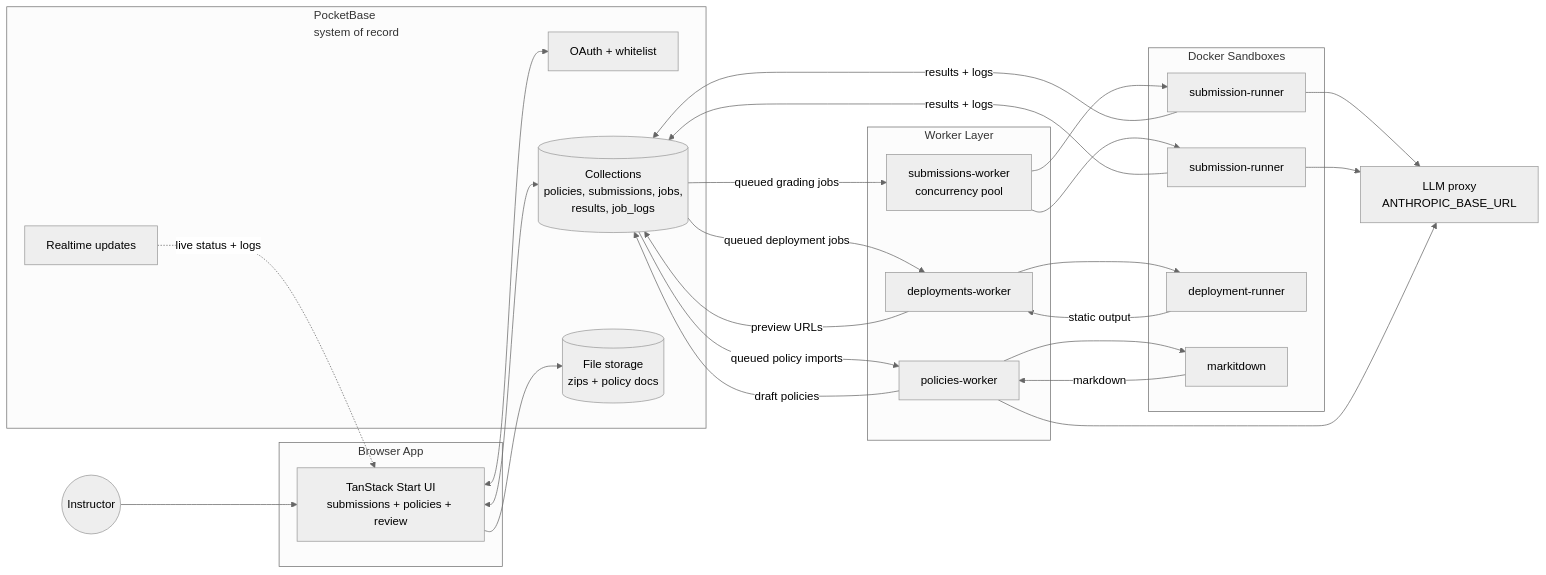
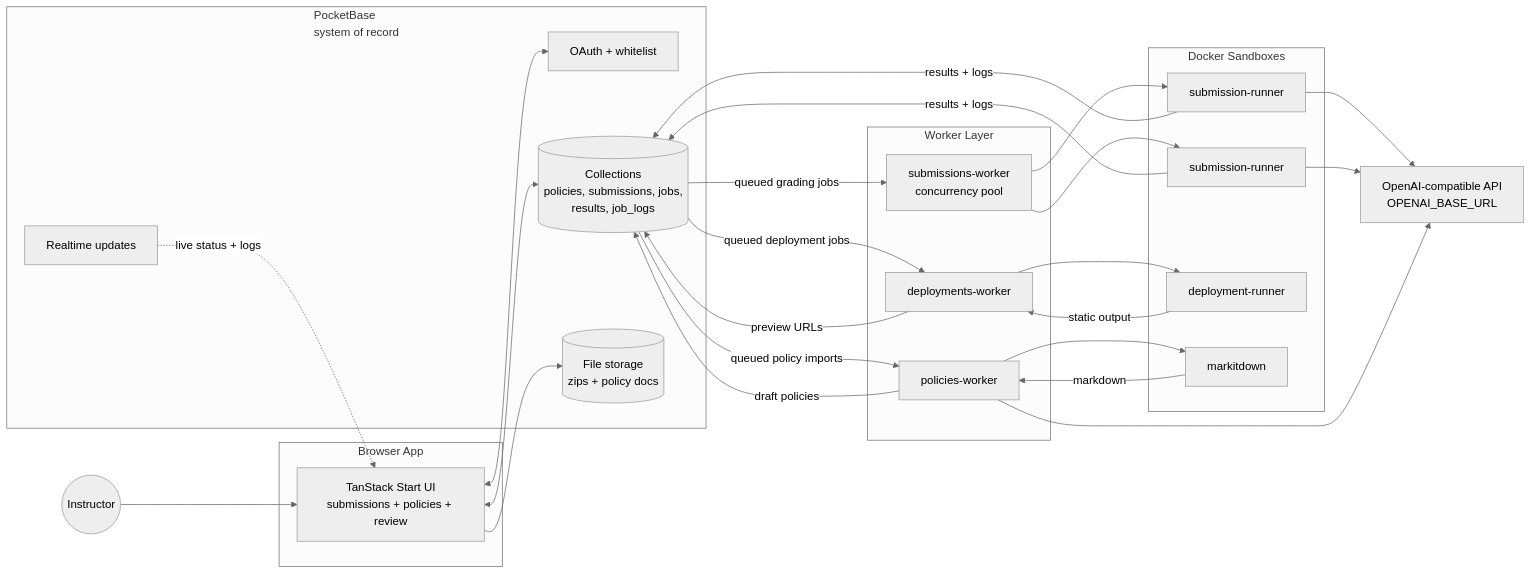
The diagram in README.md (Joshimello/autograde), drawn with Mermaid (neutral theme) before and after one commit. The commit also changed other lines of this file and 19 other files, not shown here.

````diff
--- a/README.md
+++ b/README.md
@@ -20,55 +20,55 @@
 ```mermaid
 flowchart LR
   user((Instructor))
 
   subgraph app["Browser App"]
     ui["TanStack Start UI<br/>submissions + policies + review"]
   end
 
   subgraph pb["PocketBase<br/>system of record"]
     auth["OAuth + whitelist"]
     db[("Collections<br/>policies, submissions, jobs,<br/>results, job_logs")]
     files[("File storage<br/>zips + policy docs")]
     rt["Realtime updates"]
   end
 
   subgraph workers["Worker Layer"]
     sw["submissions-worker<br/>concurrency pool"]
     dw["deployments-worker"]
     pw["policies-worker"]
   end
 
   subgraph sandboxes["Docker Sandboxes"]
     sr1["submission-runner"]
     sr2["submission-runner"]
     dr["deployment-runner"]
     md["markitdown"]
   end
 
-  llm["LLM proxy<br/>ANTHROPIC_BASE_URL"]
+  gradingLlm["OpenAI-compatible API<br/>OPENAI_BASE_URL"]
 
   user --> ui
   ui <--> auth
   ui <--> db
   ui --> files
   rt -.live status + logs.-> ui
 
   db -- queued grading jobs --> sw
   sw --> sr1
   sw --> sr2
-  sr1 --> llm
-  sr2 --> llm
+  sr1 --> gradingLlm
+  sr2 --> gradingLlm
   sr1 -- results + logs --> db
   sr2 -- results + logs --> db
 
   db -- queued deployment jobs --> dw
   dw --> dr
   dr -- static output --> dw
   dw -- preview URLs --> db
 
   db -- queued policy imports --> pw
   pw --> md
-  pw --> llm
+  pw --> gradingLlm
   md -- markdown --> pw
   pw -- draft policies --> db
 ```
````
